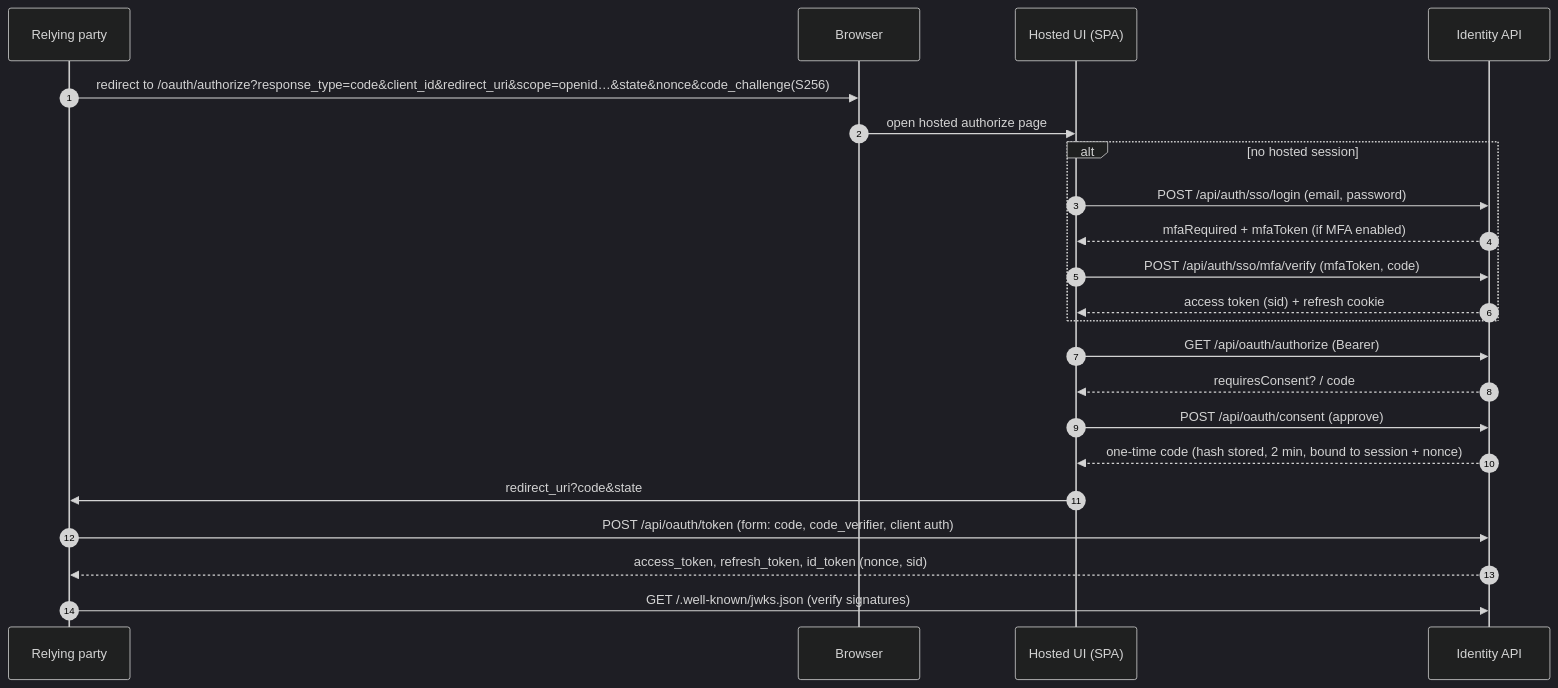
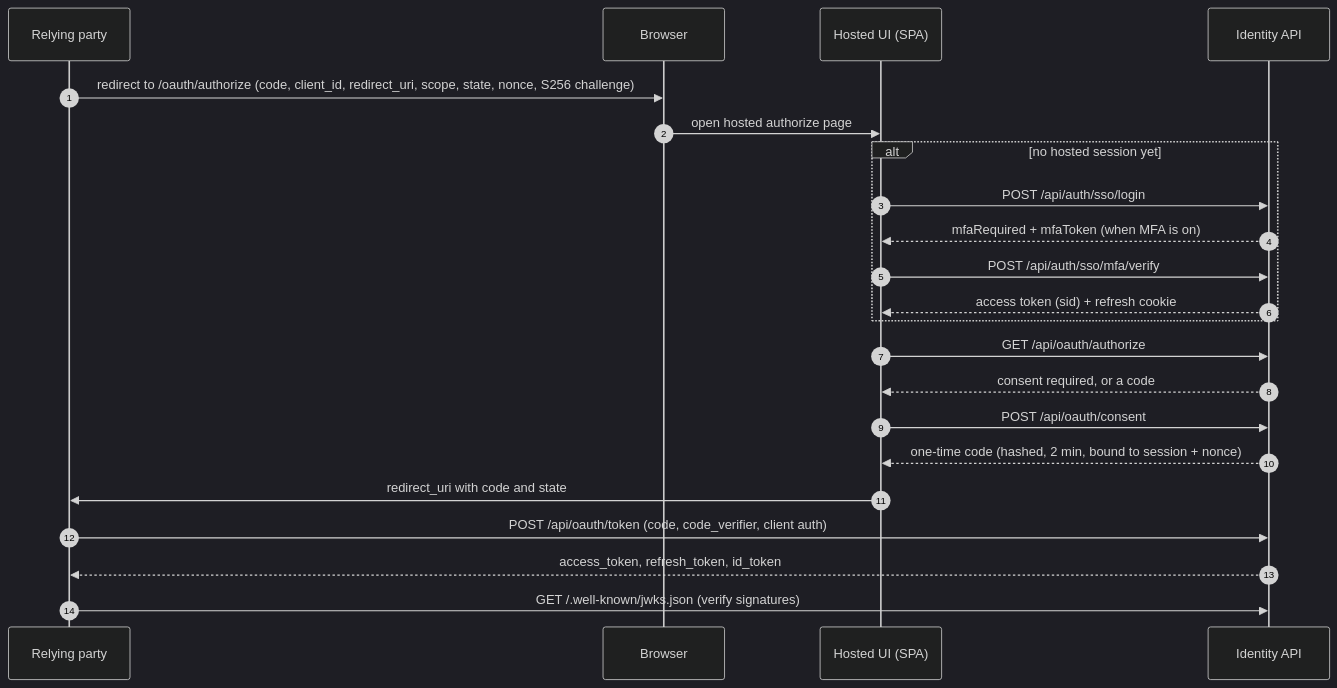
One commit to vanquan3008/user-manager changed the second of 4 diagrams in README.md. Above: the diagram before and after it, drawn with Mermaid (dark theme). The commit also changed other lines of this file and 9 other files, not shown here.

````diff
--- a/README.md
+++ b/README.md
@@ -153,25 +241,25 @@
 ```mermaid
 sequenceDiagram
     autonumber
     participant RP as Relying party
     participant B as Browser
     participant UI as Hosted UI (SPA)
     participant API as Identity API
 
-    RP->>B: redirect to /oauth/authorize?response_type=code&client_id&redirect_uri&scope=openid…&state&nonce&code_challenge(S256)
+    RP->>B: redirect to /oauth/authorize (code, client_id, redirect_uri, scope, state, nonce, S256 challenge)
     B->>UI: open hosted authorize page
-    alt no hosted session
-        UI->>API: POST /api/auth/sso/login (email, password)
-        API-->>UI: mfaRequired + mfaToken (if MFA enabled)
-        UI->>API: POST /api/auth/sso/mfa/verify (mfaToken, code)
+    alt no hosted session yet
+        UI->>API: POST /api/auth/sso/login
+        API-->>UI: mfaRequired + mfaToken (when MFA is on)
+        UI->>API: POST /api/auth/sso/mfa/verify
         API-->>UI: access token (sid) + refresh cookie
     end
-    UI->>API: GET /api/oauth/authorize (Bearer)
-    API-->>UI: requiresConsent? / code
-    UI->>API: POST /api/oauth/consent (approve)
-    API-->>UI: one-time code (hash stored, 2 min, bound to session + nonce)
-    UI->>RP: redirect_uri?code&state
-    RP->>API: POST /api/oauth/token (form: code, code_verifier, client auth)
-    API-->>RP: access_token, refresh_token, id_token (nonce, sid)
+    UI->>API: GET /api/oauth/authorize
+    API-->>UI: consent required, or a code
+    UI->>API: POST /api/oauth/consent
+    API-->>UI: one-time code (hashed, 2 min, bound to session + nonce)
+    UI->>RP: redirect_uri with code and state
+    RP->>API: POST /api/oauth/token (code, code_verifier, client auth)
+    API-->>RP: access_token, refresh_token, id_token
     RP->>API: GET /.well-known/jwks.json (verify signatures)
 ```
````
